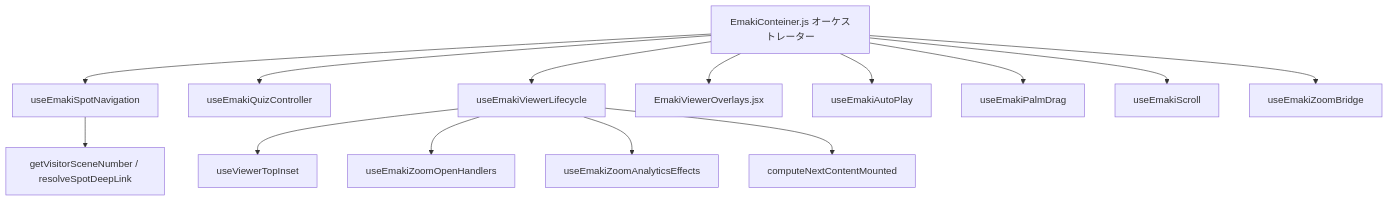
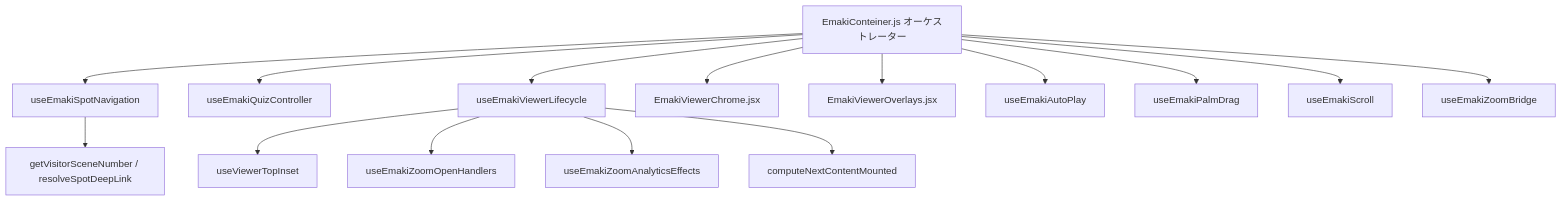
Before and after one commit to satoshi-create/emakimono-next: the diagram in src/components/emaki/layout/SPEC.md, drawn with Mermaid. The commit also changed other lines of this file and 5 other files, not shown here.

Commit message:
refactor(emaki-viewer): fix fullscreen shallow routing and modularize EmakiViewerChrome and useEmakiViewportState

````diff
--- a/src/components/emaki/layout/SPEC.md
+++ b/src/components/emaki/layout/SPEC.md
@@ -5,17 +5,18 @@
 ```mermaid
 graph TD
   EC[EmakiConteiner.js オーケストレーター]
   EC --> SN[useEmakiSpotNavigation]
   EC --> QZ[useEmakiQuizController]
   EC --> LC[useEmakiViewerLifecycle]
+  EC --> VC[EmakiViewerChrome.jsx]
   EC --> VO[EmakiViewerOverlays.jsx]
   EC --> AP[useEmakiAutoPlay]
   EC --> PD[useEmakiPalmDrag]
   EC --> SC[useEmakiScroll]
   EC --> ZB[useEmakiZoomBridge]
   LC --> VT[useViewerTopInset]
   LC --> ZO[useEmakiZoomOpenHandlers]
   LC --> ZE[useEmakiZoomAnalyticsEffects]
   LC --> CW[computeNextContentMounted]
   SN --> FN[getVisitorSceneNumber / resolveSpotDeepLink]
 ```
````
